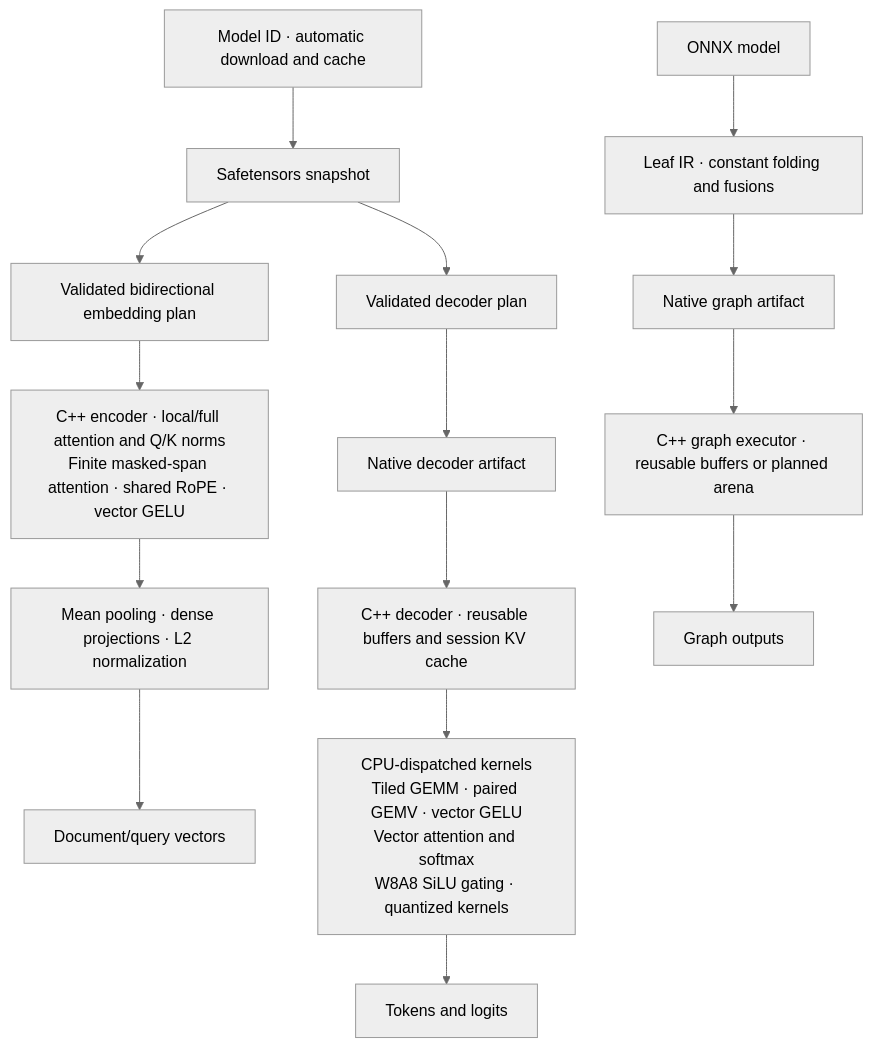
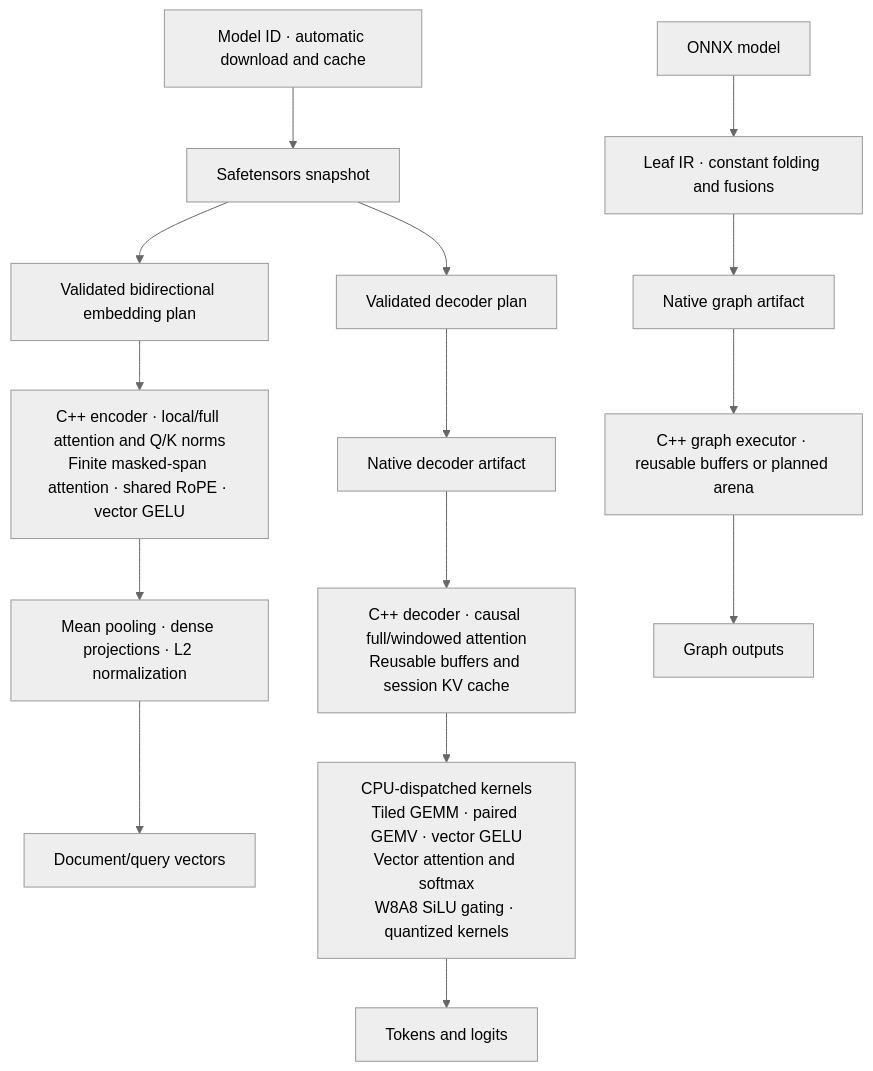
The first of 2 diagrams in README.md (Nbit-51/Leaf), drawn with Mermaid (neutral theme) before and after one commit. The commit also changed other lines of this file and 35 other files, not shown here.

````diff
--- a/README.md
+++ b/README.md
@@ -124,17 +136,17 @@
 ```mermaid
 flowchart TB
     H["Model ID · automatic download and cache"] --> S["Safetensors snapshot"]
     S --> P["Validated decoder plan"]
     S --> B["Validated bidirectional embedding plan"]
     B --> N["C++ encoder · local/full attention and Q/K norms<br/>Finite masked-span attention · shared RoPE · vector GELU"]
     N --> V["Mean pooling · dense projections · L2 normalization"]
     V --> F["Document/query vectors"]
     O["ONNX model"] --> G["Leaf IR · constant folding and fusions"]
     P --> D["Native decoder artifact"]
     G --> A["Native graph artifact"]
-    D --> R["C++ decoder · reusable buffers and session KV cache"]
+    D --> R["C++ decoder · causal full/windowed attention<br/>Reusable buffers and session KV cache"]
     A --> E["C++ graph executor · reusable buffers or planned arena"]
     R --> K["CPU-dispatched kernels<br/>Tiled GEMM · paired GEMV · vector GELU<br/>Vector attention and softmax<br/>W8A8 SiLU gating · quantized kernels"]
     K --> T["Tokens and logits"]
     E --> U["Graph outputs"]
 ```
````
